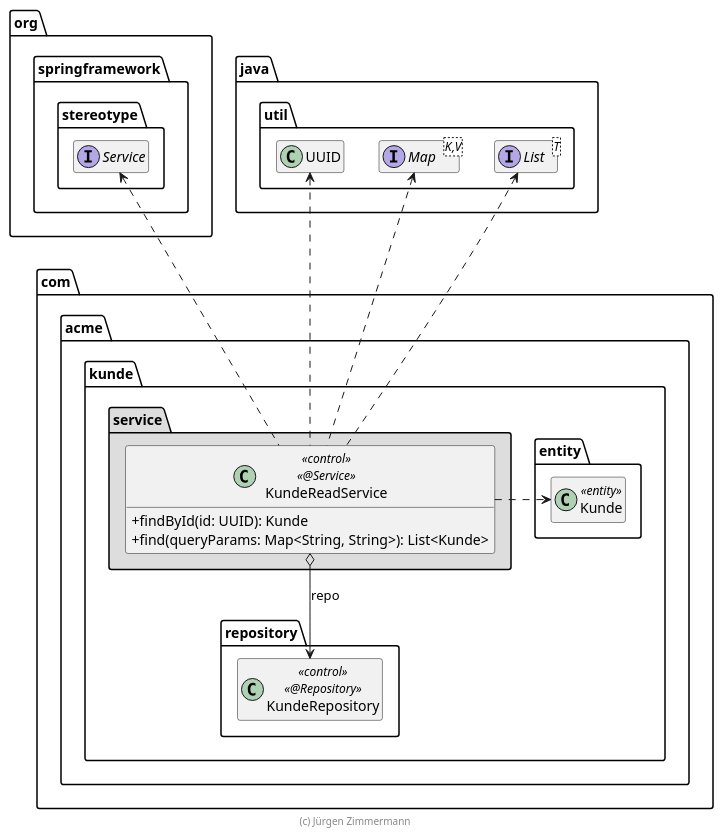
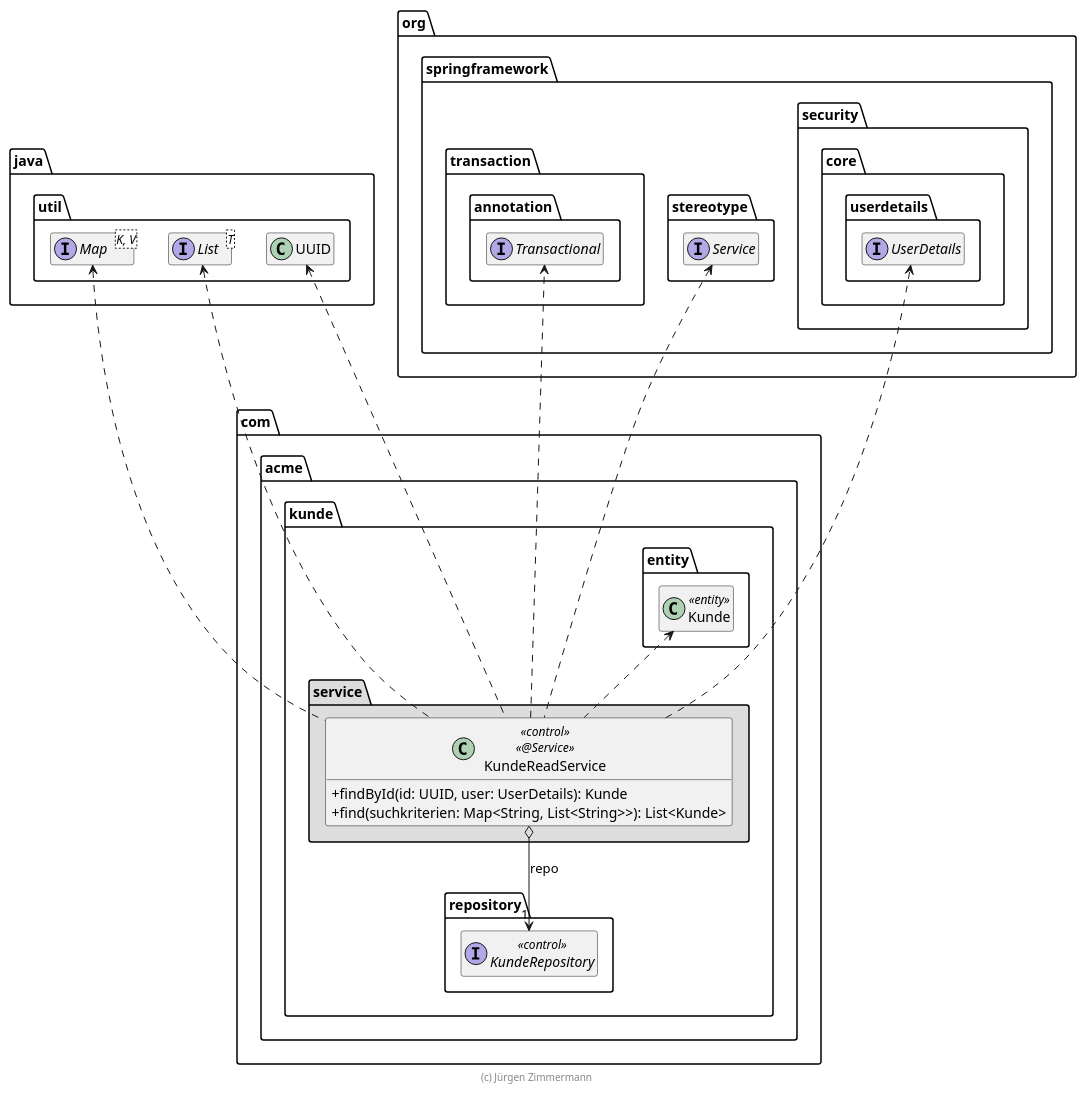
The diagram in SWA/kunde-v1/kunde/extras/doc/KundeReadService.plantuml (AntoninFa/Practise), drawn with PlantUML before and after one commit. The commit also changed 83 other files, not shown here.

```diff
--- a/SWA/kunde-v1/kunde/extras/doc/KundeReadService.plantuml
+++ b/SWA/kunde-v1/kunde/extras/doc/KundeReadService.plantuml
@@ -15,48 +15,63 @@
-@startuml KundeReadService
+@startuml KundeService
 
 skinparam classAttributeIconSize 0
 
-package org.springframework.stereotype {
-    interface Service
+package java.util {
+    interface List<T>
+    interface Map<K, V>
+    class UUID
 }
 
-package java.util {
-    interface List<T>
-    interface Map<K,V>
-    class UUID
+package org.springframework {
+    package stereotype {
+        interface Service
+    }
 
-' hat er gemacht um die schöner Anzuordnen
-    UUID .left[hidden].> Service
+    package transaction.annotation {
+        interface Transactional
+    }
+
+    package security.core.userdetails {
+        interface UserDetails
+    }
+
+    List .right[hidden].> UserDetails
 }
+
 
 package com.acme.kunde {
     package entity {
         class Kunde << entity >>
 
-        Kunde .up[hidden].> List
+        Kunde .up[hidden].> UUID
+        Kunde .up[hidden].> UserDetails
+        Kunde .up[hidden].> Service
+        Kunde .up[hidden].> Transactional
     }
 
     package repository {
-        class KundeRepository << control >> << @Repository >>
+        interface KundeRepository << control >>
     }
 
     package service #DDDDDD {
         class KundeReadService << control >> << @Service >> {
-            + findById(id: UUID): Kunde
-            + find(queryParams: Map<String, String>): List<Kunde>
+            + findById(id: UUID, user: UserDetails): Kunde
+            + find(suchkriterien: Map<String, List<String>>): List<Kunde>
         }
 
-        KundeReadService o--> KundeRepository : repo
-        KundeReadService .right.> Kunde
+        KundeReadService o--> "1" KundeRepository : repo
+        KundeReadService .up.> Kunde
+        KundeReadService .up.> UUID
+        KundeReadService .up.> List
+        KundeReadService .up.> Map
         KundeReadService .up.> Service
-        KundeReadService .up.> UUID
-        KundeReadService .up> List
-        KundeReadService .up.> Map
+        KundeReadService ..> Transactional
+        KundeReadService ..> UserDetails
     }
 }
 
 hide empty members
 
 footer (c) Jürgen Zimmermann
 
 @enduml
```
